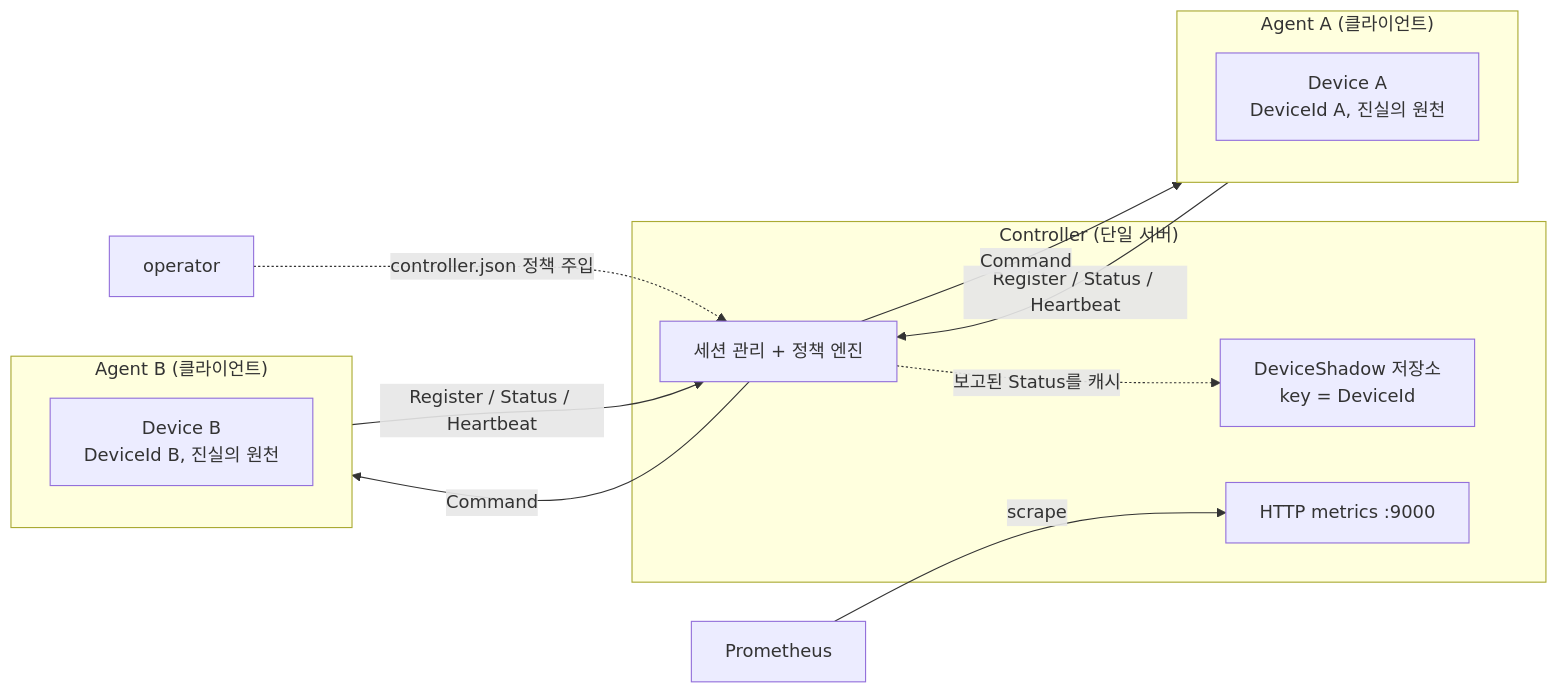
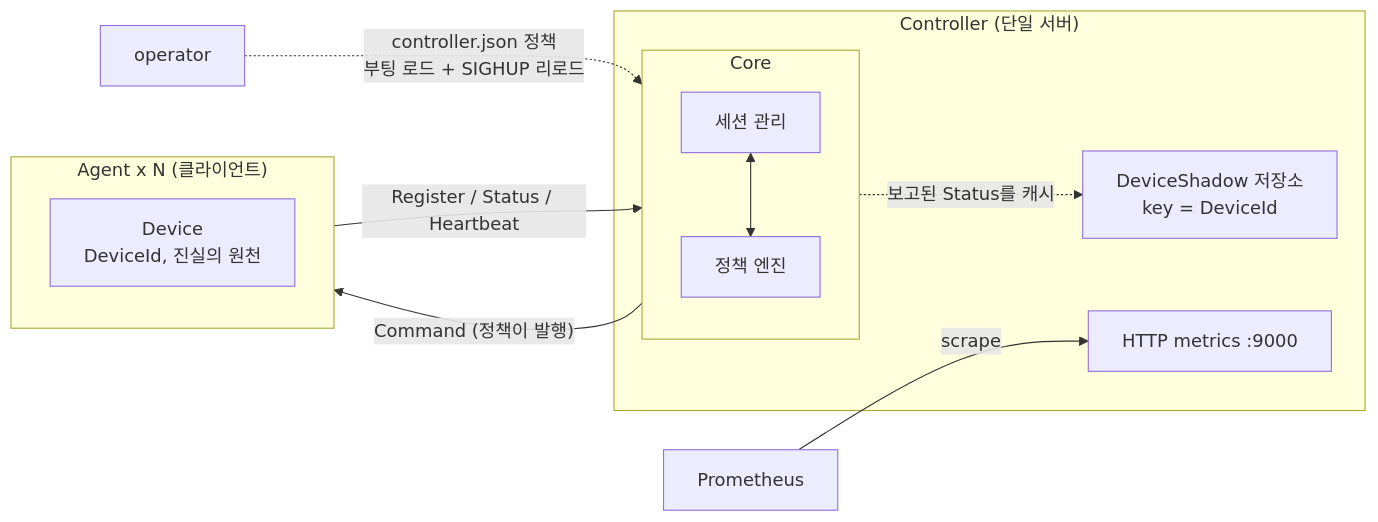
The first of 10 diagrams in docs/ARCHITECTURE.md (dnlfis42/ddcs), drawn with Mermaid before and after one commit. The commit also changed other lines of this file and 13 other files, not shown here.

````diff
--- a/docs/ARCHITECTURE.md
+++ b/docs/ARCHITECTURE.md
@@ -28,23 +31,23 @@
 ```mermaid
 graph LR
-  operator["operator"]
+  oper["operator"]
   prom["Prometheus"]
-  subgraph Controller["Controller (단일 서버)"]
-    core["세션 관리 + 정책 엔진"]
+  subgraph ctrl["Controller (단일 서버)"]
+    subgraph core["Core"]
+      session["세션 관리"]
+      policy["정책 엔진"]
+    end
     shadows["DeviceShadow 저장소<br/>key = DeviceId"]
     metrics["HTTP metrics :9000"]
   end
-  subgraph AgentA["Agent A (클라이언트)"]
-    devA["Device A<br/>DeviceId A, 진실의 원천"]
+  subgraph agents["Agent x N (클라이언트)"]
+    device["Device<br/>DeviceId, 진실의 원천"]
   end
-  subgraph AgentB["Agent B (클라이언트)"]
-    devB["Device B<br/>DeviceId B, 진실의 원천"]
-  end
-  AgentA -- "Register / Status / Heartbeat" --> core
-  AgentB -- "Register / Status / Heartbeat" --> core
-  core -- "Command" --> AgentA
-  core -- "Command" --> AgentB
+
+  oper -. "controller.json 정책<br/>부팅 로드 + SIGHUP 리로드" .-> core
+  agents -- "Register / Status / Heartbeat" --> core
+  core -- "Command (정책이 발행)" --> agents
+  prom -- "scrape" --> metrics
   core -. "보고된 Status를 캐시" .-> shadows
-  operator -. "controller.json 정책 주입" .-> core
-  prom -- "scrape" --> metrics
+  session <--> policy
 ```
````
